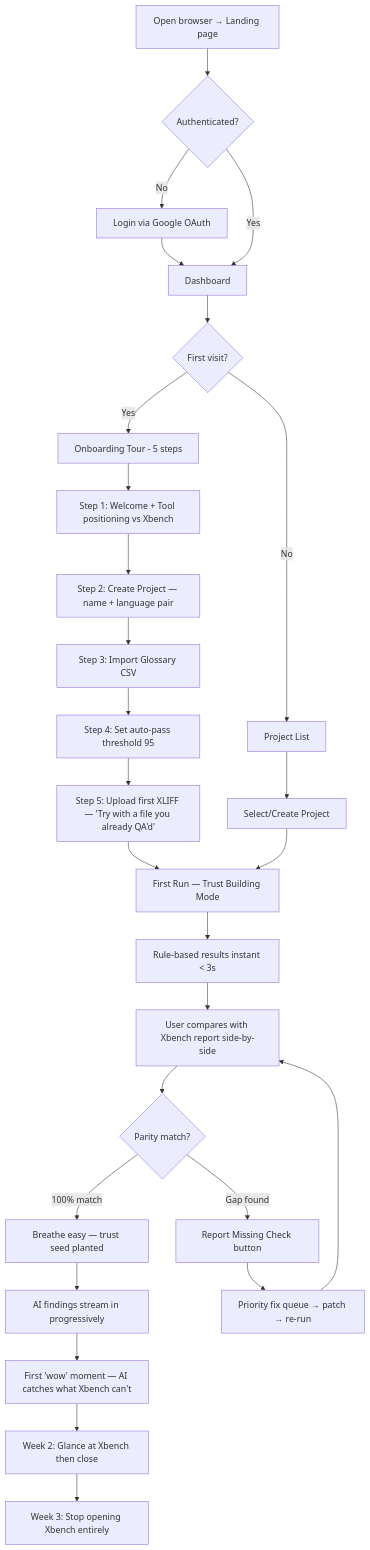
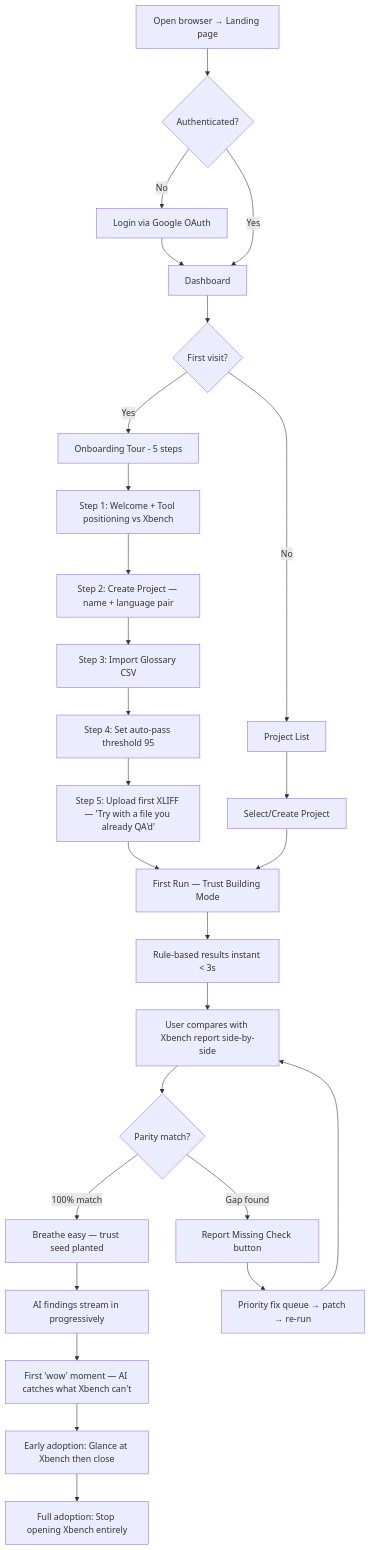
The first of 6 diagrams in _bmad-output/planning-artifacts/ux-design-specification/user-journey-flows.md (Jirawatpyk/QA-Localization-tool), drawn with Mermaid before and after one commit. The commit also changed other lines of this file and 12 other files, not shown here.

First line of the commit message:
UX spec: fix header hierarchy, resolve 38 review issues, normalize adoption timeline

````diff
--- a/_bmad-output/planning-artifacts/ux-design-specification/user-journey-flows.md
+++ b/_bmad-output/planning-artifacts/ux-design-specification/user-journey-flows.md
@@ -9,30 +9,30 @@
 ```mermaid
 flowchart TD
     A[Open browser → Landing page] --> B{Authenticated?}
     B -->|No| C[Login via Google OAuth]
     B -->|Yes| D[Dashboard]
     C --> D
     D --> E{First visit?}
     E -->|Yes| F[Onboarding Tour - 5 steps]
     E -->|No| G[Project List]
     F --> F1[Step 1: Welcome + Tool positioning vs Xbench]
     F1 --> F2[Step 2: Create Project — name + language pair]
     F2 --> F3[Step 3: Import Glossary CSV]
     F3 --> F4[Step 4: Set auto-pass threshold 95]
     F4 --> F5[Step 5: Upload first XLIFF — 'Try with a file you already QA'd']
     F5 --> H[First Run — Trust Building Mode]
     G --> G1[Select/Create Project]
     G1 --> H
 
     H --> I[Rule-based results instant < 3s]
     I --> J[User compares with Xbench report side-by-side]
     J --> K{Parity match?}
     K -->|100% match| L[Breathe easy — trust seed planted]
     K -->|Gap found| M[Report Missing Check button]
     M --> N[Priority fix queue → patch → re-run]
     N --> J
     L --> O[AI findings stream in progressively]
     O --> P[First 'wow' moment — AI catches what Xbench can't]
-    P --> Q[Week 2: Glance at Xbench then close]
-    Q --> R[Week 3: Stop opening Xbench entirely]
+    P --> Q[Early adoption: Glance at Xbench then close]
+    Q --> R[Full adoption: Stop opening Xbench entirely]
 ```
````
